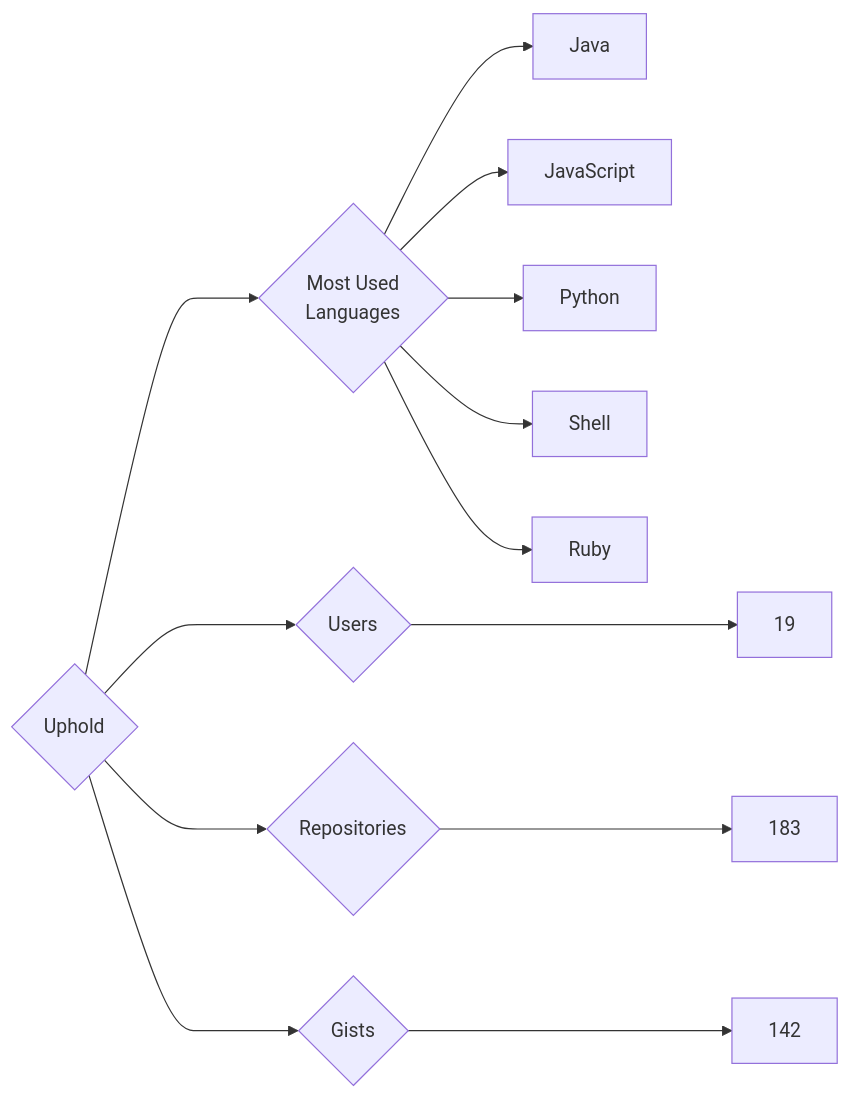
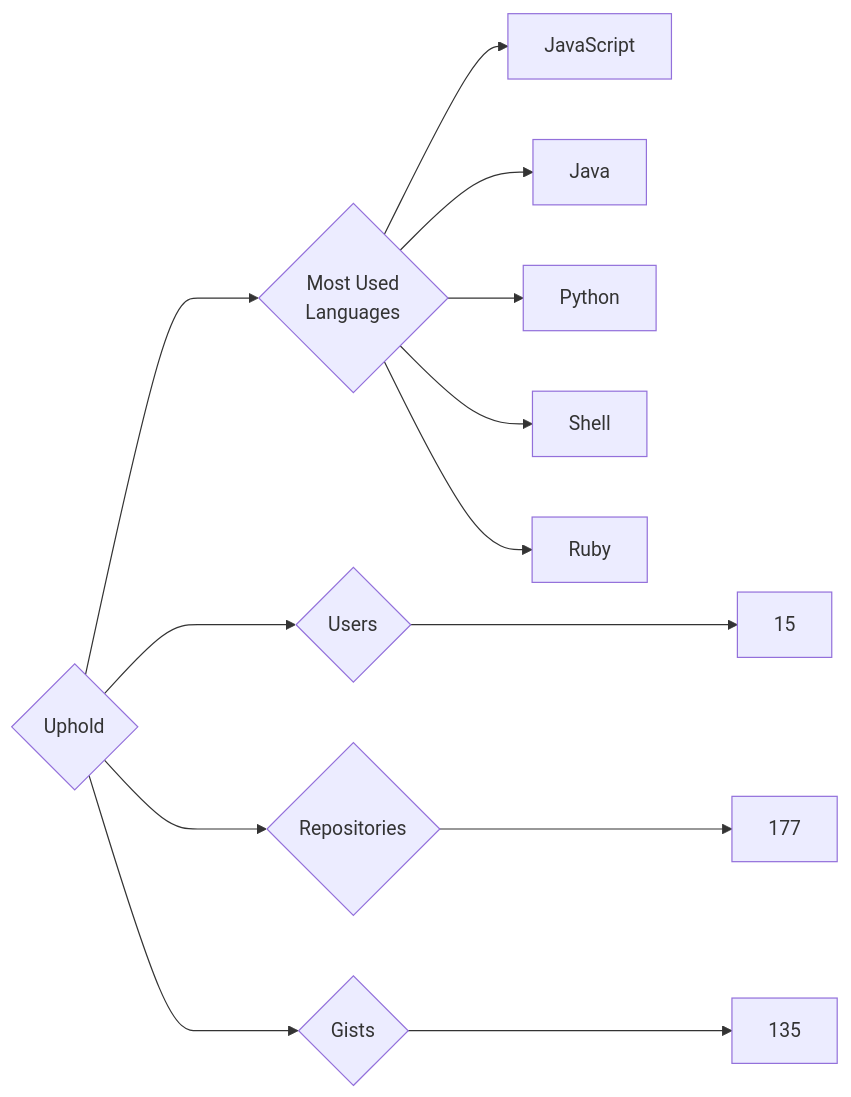
Before and after one commit to trickest/insiders: the diagram in targets/Uphold/README.md, drawn with Mermaid. The commit also changed 860 other files, not shown here.

````diff
--- a/targets/Uphold/README.md
+++ b/targets/Uphold/README.md
@@ -3,13 +3,13 @@
 ```mermaid
 graph LR
 COMPANY_NAME{Uphold}
-COMPANY_NAME ---> U{Users} ---> UN[19]
-COMPANY_NAME ---> R{Repositories} ---> RN[183]
-COMPANY_NAME ---> G{Gists} ---> GN[142]
+COMPANY_NAME ---> U{Users} ---> UN[15]
+COMPANY_NAME ---> R{Repositories} ---> RN[177]
+COMPANY_NAME ---> G{Gists} ---> GN[135]
 COMPANY_NAME ---> ML{Most Used<br>Languages}
+ML --> JavaScript[JavaScript]
 ML --> Java[Java]
-ML --> JavaScript[JavaScript]
 ML --> Python[Python]
 ML --> Shell[Shell]
 ML --> Ruby[Ruby]
 ```
````
